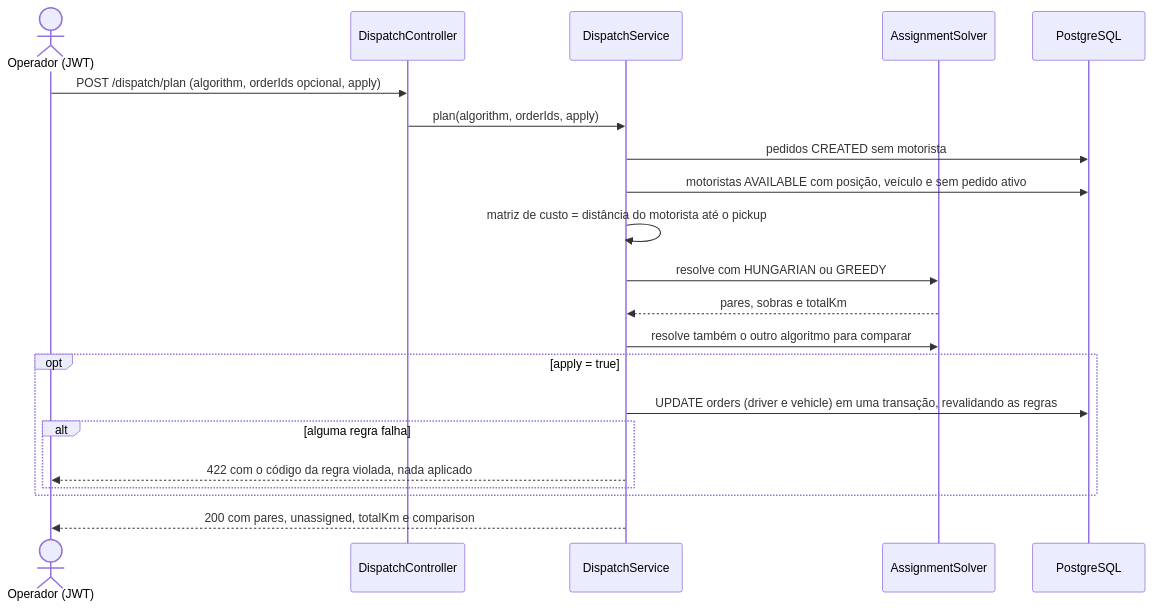
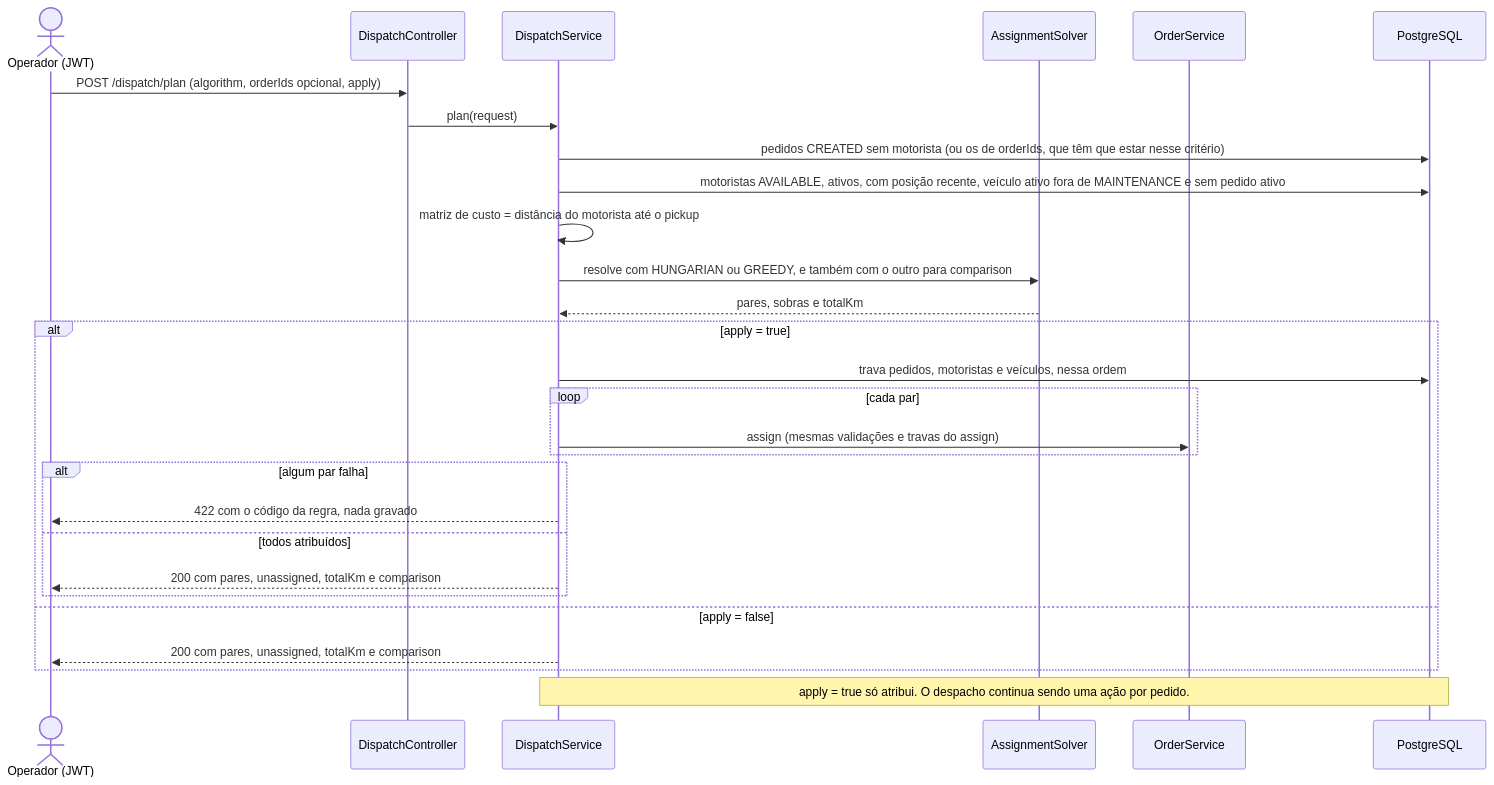
Before and after one commit to Edryck/kj-fleets: diagram 14 of 18 in docs/flows.md, drawn with Mermaid. The commit also changed other lines of this file and 4 other files, not shown here.

````diff
--- a/docs/flows.md
+++ b/docs/flows.md
@@ -353,24 +364,31 @@
 ```mermaid
 sequenceDiagram
     actor Op as Operador (JWT)
     participant D as DispatchController
     participant S as DispatchService
     participant A as AssignmentSolver
+    participant OS as OrderService
     participant DB as PostgreSQL
 
     Op->>D: POST /dispatch/plan (algorithm, orderIds opcional, apply)
-    D->>S: plan(algorithm, orderIds, apply)
-    S->>DB: pedidos CREATED sem motorista
-    S->>DB: motoristas AVAILABLE com posição, veículo e sem pedido ativo
+    D->>S: plan(request)
+    S->>DB: pedidos CREATED sem motorista (ou os de orderIds, que têm que estar nesse critério)
+    S->>DB: motoristas AVAILABLE, ativos, com posição recente, veículo ativo fora de MAINTENANCE e sem pedido ativo
     S->>S: matriz de custo = distância do motorista até o pickup
-    S->>A: resolve com HUNGARIAN ou GREEDY
+    S->>A: resolve com HUNGARIAN ou GREEDY, e também com o outro para comparison
     A-->>S: pares, sobras e totalKm
-    S->>A: resolve também o outro algoritmo para comparar
-    opt apply = true
-        S->>DB: UPDATE orders (driver e vehicle) em uma transação, revalidando as regras
-        alt alguma regra falha
-            S-->>Op: 422 com o código da regra violada, nada aplicado
+    alt apply = true
+        S->>DB: trava pedidos, motoristas e veículos, nessa ordem
+        loop cada par
+            S->>OS: assign (mesmas validações e travas do assign)
         end
+        alt algum par falha
+            S-->>Op: 422 com o código da regra, nada gravado
+        else todos atribuídos
+            S-->>Op: 200 com pares, unassigned, totalKm e comparison
+        end
+    else apply = false
+        S-->>Op: 200 com pares, unassigned, totalKm e comparison
     end
-    S-->>Op: 200 com pares, unassigned, totalKm e comparison
+    Note over S,DB: apply = true só atribui. O despacho continua sendo uma ação por pedido.
 ```
````
